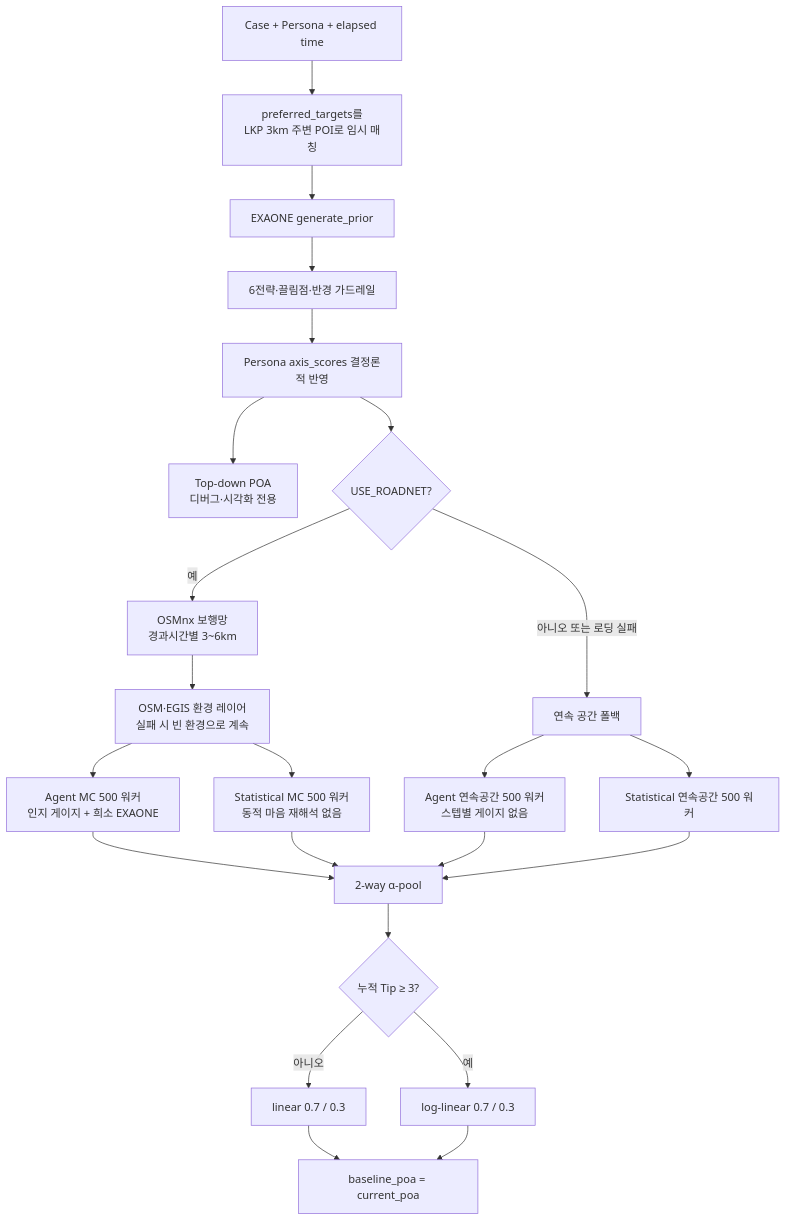
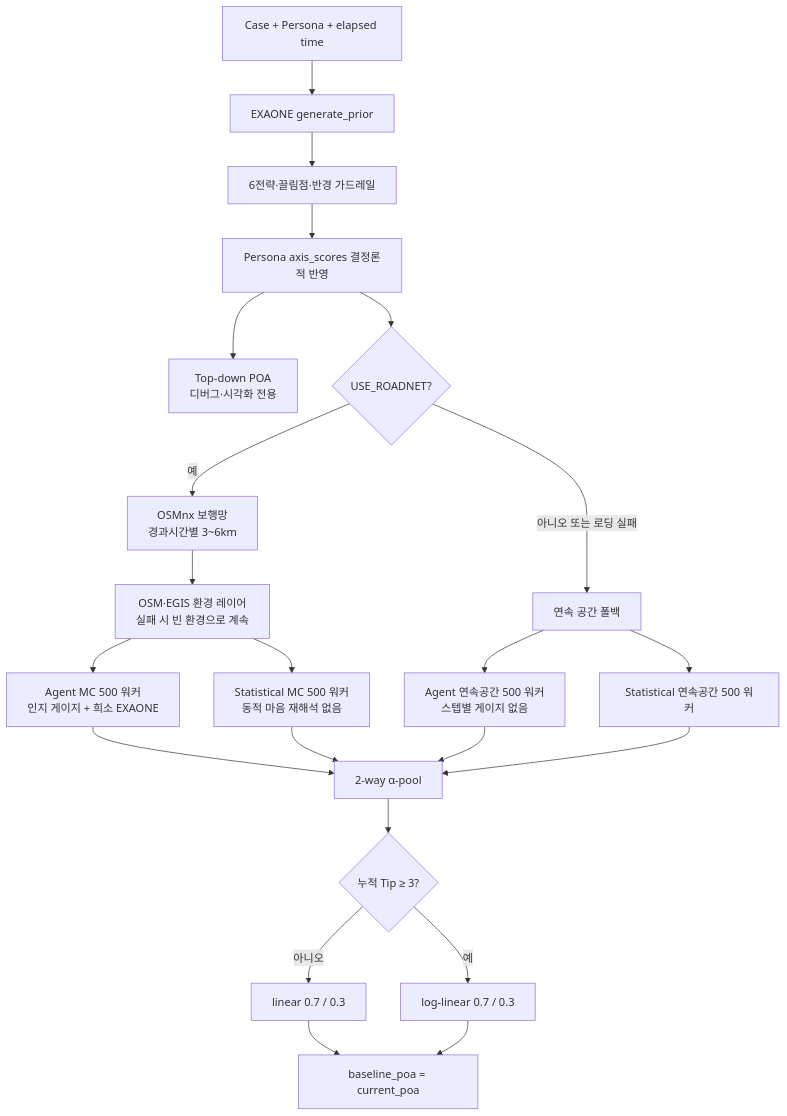
Before and after one commit to Donghaeng-AI-ROOKIE/Come-back-home: the seventh of 12 diagrams in docs/IMPLEMENTATION_ARCHITECTURE.md, drawn with Mermaid. The commit also changed other lines of this file and 170 other files, not shown here.

````diff
--- a/docs/IMPLEMENTATION_ARCHITECTURE.md
+++ b/docs/IMPLEMENTATION_ARCHITECTURE.md
@@ -398,28 +396,27 @@
 ```mermaid
 flowchart TD
-    IN["Case + Persona + elapsed time"] --> POI["preferred_targets를<br/>LKP 3km 주변 POI로 임시 매칭"]
-    POI --> PRIOR["EXAONE generate_prior"]
+    IN["Case + Persona + elapsed time"] --> PRIOR["EXAONE generate_prior"]
     PRIOR --> GUARD["6전략·끌림점·반경 가드레일"]
     GUARD --> AXIS["Persona axis_scores 결정론적 반영"]
 
     AXIS --> TD["Top-down POA<br/>디버그·시각화 전용"]
     AXIS --> ROAD{"USE_ROADNET?"}
     ROAD -- "예" --> NET["OSMnx 보행망<br/>경과시간별 3~6km"]
     NET --> ENV["OSM·EGIS 환경 레이어<br/>실패 시 빈 환경으로 계속"]
     ROAD -- "아니오 또는 로딩 실패" --> CONT["연속 공간 폴백"]
 
     ENV --> AG["Agent MC 500 워커<br/>인지 게이지 + 희소 EXAONE"]
     ENV --> ST["Statistical MC 500 워커<br/>동적 마음 재해석 없음"]
     CONT --> AGC["Agent 연속공간 500 워커<br/>스텝별 게이지 없음"]
     CONT --> STC["Statistical 연속공간 500 워커"]
 
     AG --> POOL["2-way α-pool"]
     ST --> POOL
     AGC --> POOL
     STC --> POOL
     POOL --> MODE{"누적 Tip ≥ 3?"}
     MODE -- "아니오" --> LIN["linear 0.7 / 0.3"]
     MODE -- "예" --> LOG["log-linear 0.7 / 0.3"]
     LIN --> SAVE["baseline_poa = current_poa"]
     LOG --> SAVE
 ```
````
